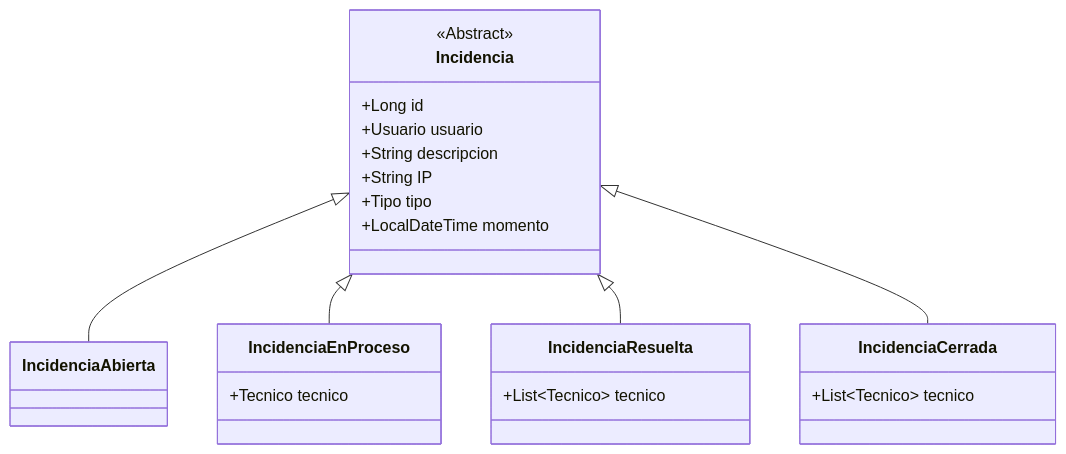
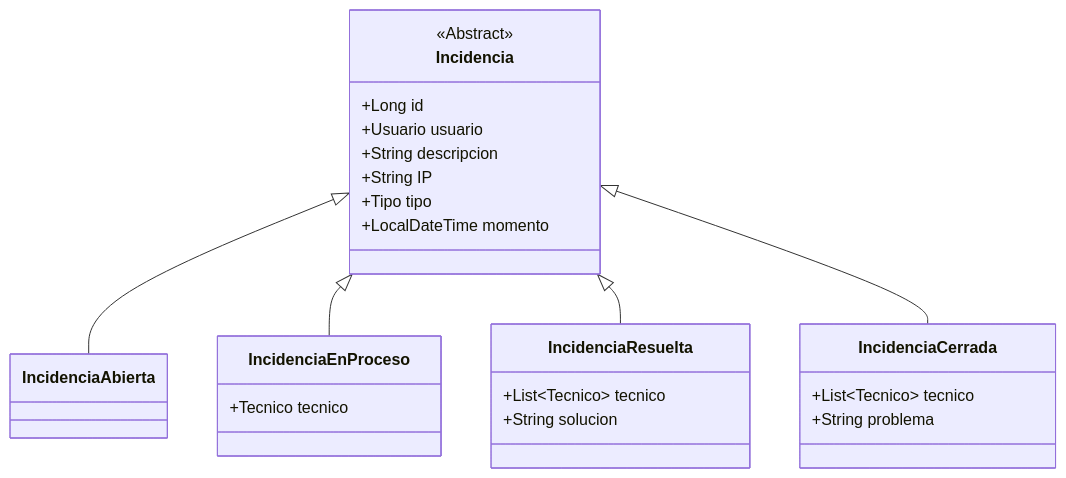
Before and after one commit to antonTeis2025/Proyecto-2-Trimestre: the second of 2 diagrams in README.md, drawn with Mermaid.

Commit message:
(doc) cambios en diagrama de clases para dos nuevos campos

````diff
--- a/README.md
+++ b/README.md
@@ -56,37 +56,39 @@
 ```mermaid
 classDiagram
     direction TB
 
     %% Clase abstracta
     class Incidencia {
         <<Abstract>>
         +Long id
         +Usuario usuario
         +String descripcion
         +String IP
         +Tipo tipo
         +LocalDateTime momento
     }
 
     %% Subclases
     class IncidenciaAbierta {
     }
 
     class IncidenciaEnProceso {
         +Tecnico tecnico
     }
 
     class IncidenciaResuelta {
         +List~Tecnico~ tecnico
+        +String solucion
     }
 
     class IncidenciaCerrada {
         +List~Tecnico~ tecnico
+        +String problema
     }
 
     %% Herencia
     Incidencia <|-- IncidenciaAbierta
     Incidencia <|-- IncidenciaEnProceso
     Incidencia <|-- IncidenciaResuelta
     Incidencia <|-- IncidenciaCerrada
 ```
````
